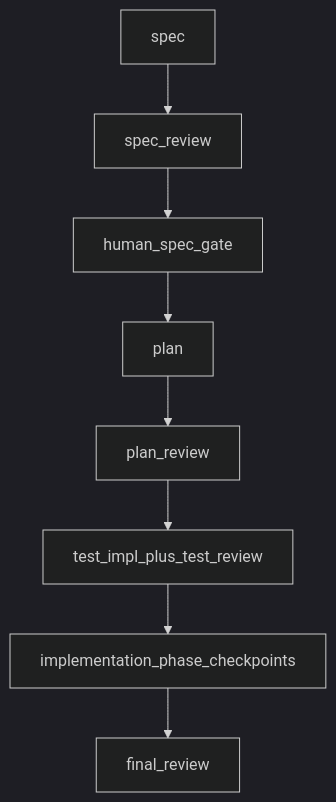
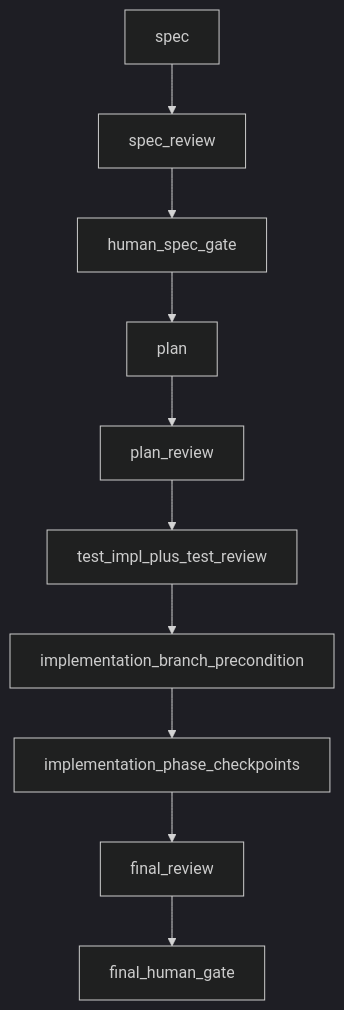
One commit to kawagutt/hermes-home changed the diagram in skills/dev-process/SKILL.md. Above: the diagram before and after it, drawn with Mermaid (dark theme). The commit also changed other lines of this file and 11 other files, not shown here.

````diff
--- a/skills/dev-process/SKILL.md
+++ b/skills/dev-process/SKILL.md
@@ -245,13 +316,15 @@
 ```mermaid
 flowchart TD
   specStage[spec]
   specRev[spec_review]
   humanGate[human_spec_gate]
   planStage[plan]
   planRev[plan_review]
   testsStage[test_impl_plus_test_review]
+  implBranch[implementation_branch_precondition]
   implStage[implementation_phase_checkpoints]
   finalStage[final_review]
+  finalGate[final_human_gate]
 
-  specStage --> specRev --> humanGate --> planStage --> planRev --> testsStage --> implStage --> finalStage
+  specStage --> specRev --> humanGate --> planStage --> planRev --> testsStage --> implBranch --> implStage --> finalStage --> finalGate
 ```
````
